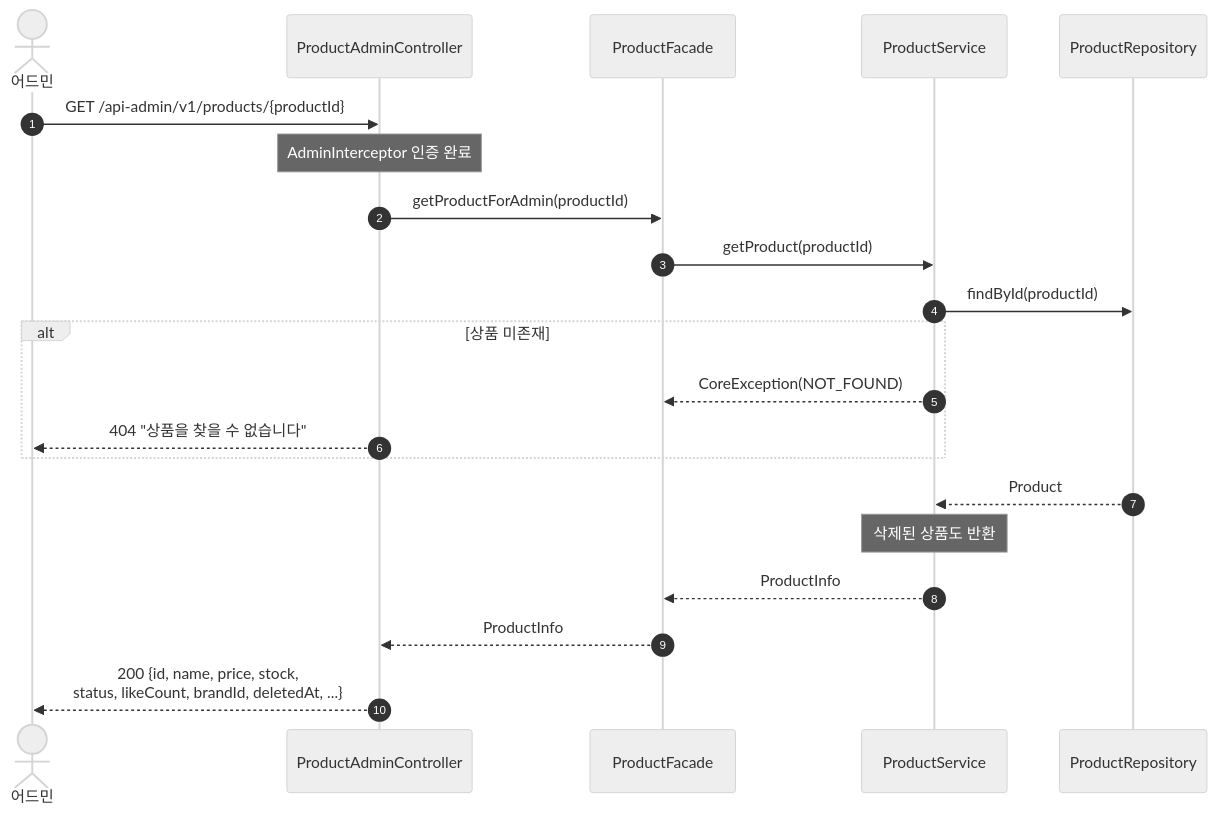
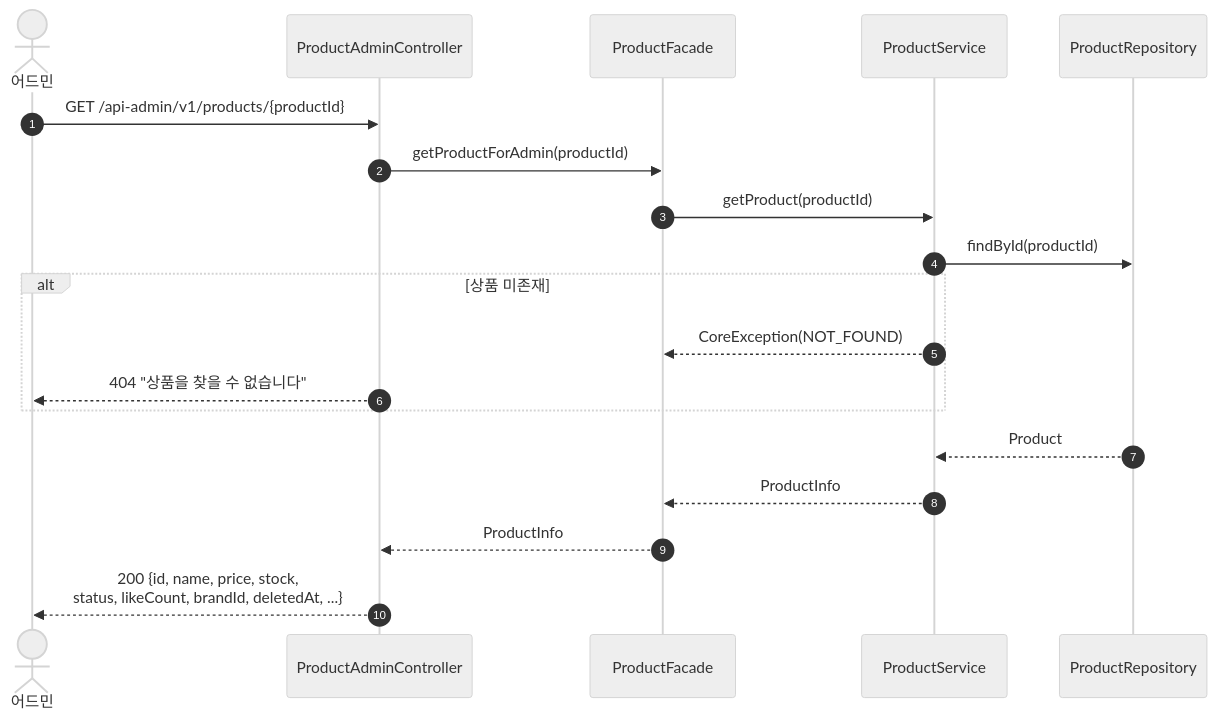
One commit to Loopers-dev-lab/loop-pack-be-l2-vol3-kotlin changed the tenth of 21 diagrams in docs/design/02-sequence-diagrams.md. Above: the diagram before and after it, drawn with Mermaid (neutral theme). The commit also changed other lines of this file and 5 other files, not shown here.

````diff
--- a/docs/design/02-sequence-diagrams.md
+++ b/docs/design/02-sequence-diagrams.md
@@ -318,25 +329,23 @@
 ```mermaid
 sequenceDiagram
     autonumber
     actor Admin as 어드민
     participant C as ProductAdminController
     participant F as ProductFacade
     participant PS as ProductService
     participant PR as ProductRepository
     Admin ->> C: GET /api-admin/v1/products/{productId}
-    Note over C: AdminInterceptor 인증 완료
     C ->> F: getProductForAdmin(productId)
     F ->> PS: getProduct(productId)
     PS ->> PR: findById(productId)
 
     alt 상품 미존재
         PS -->> F: CoreException(NOT_FOUND)
         C -->> Admin: 404 "상품을 찾을 수 없습니다"
     end
 
     PR -->> PS: Product
-    Note over PS: 삭제된 상품도 반환
     PS -->> F: ProductInfo
     F -->> C: ProductInfo
     C -->> Admin: 200 {id, name, price, stock,<br/>status, likeCount, brandId, deletedAt, ...}
 ```
````
